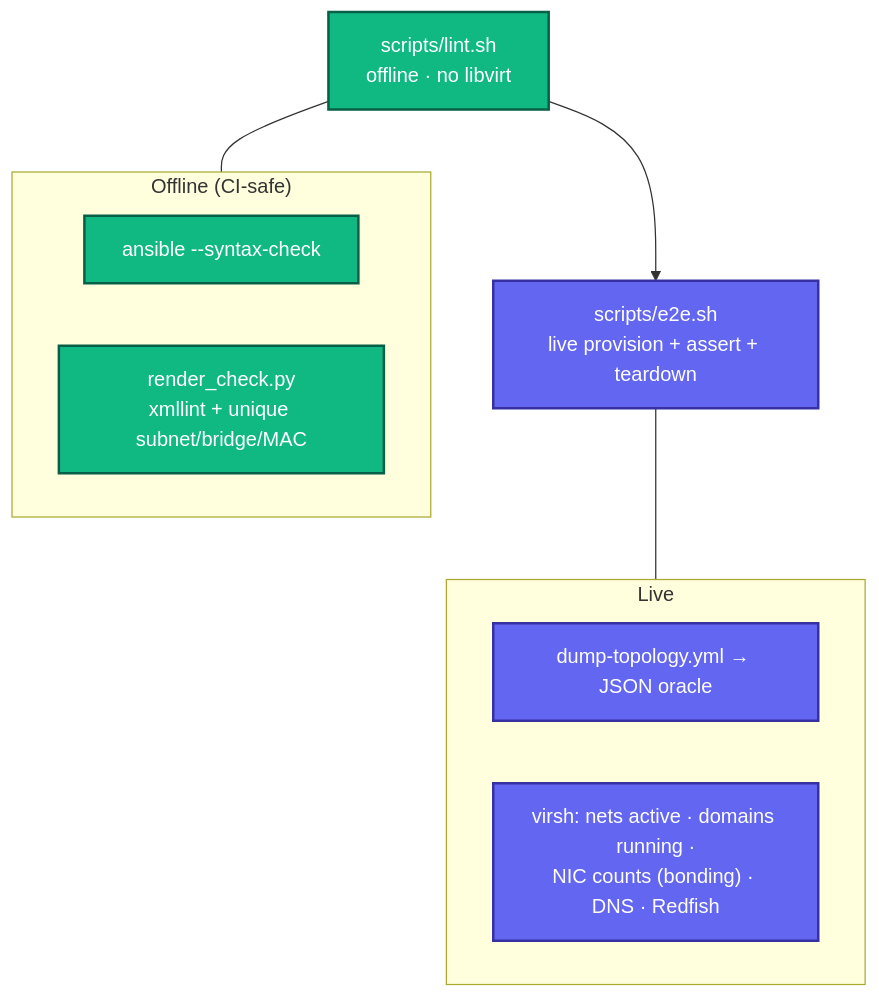
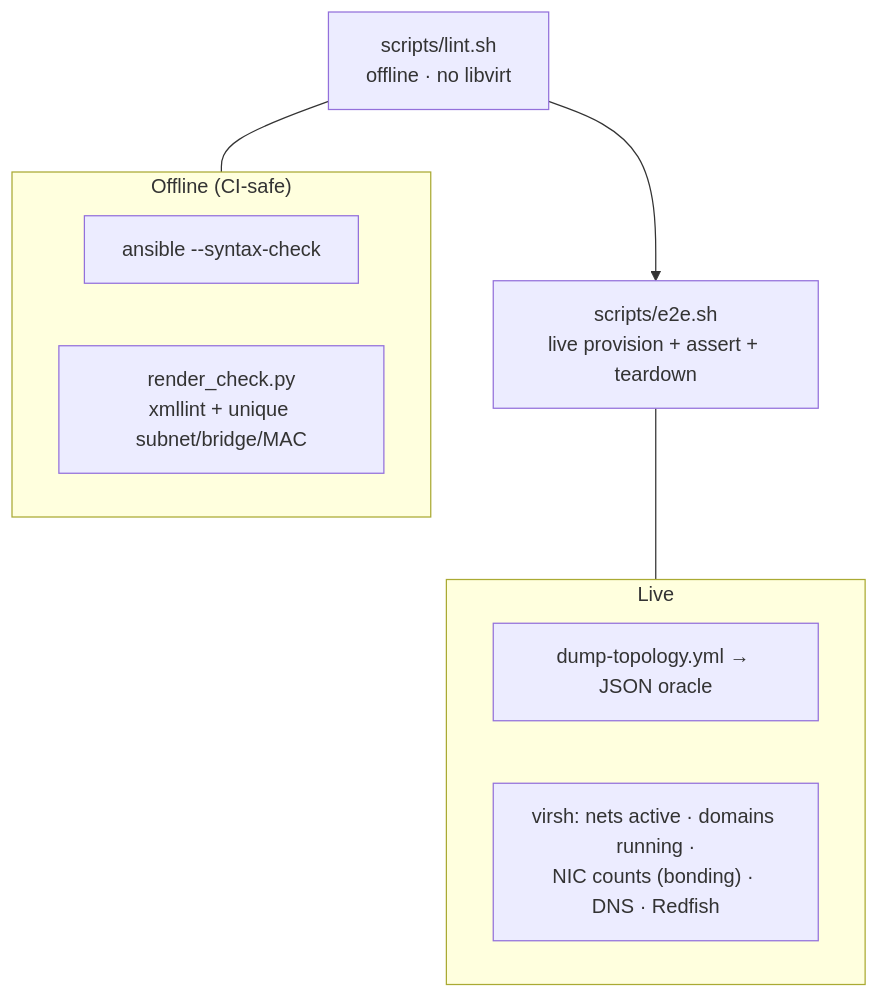
One commit to maci0/vmetal-openshift changed the tenth of 10 diagrams in docs/architecture.md. Above: the diagram before and after it, drawn with Mermaid. The commit also changed other lines of this file and 1 other file, not shown here.

First line of the commit message:
docs: redo topology diagrams as clean layered reference architectures

````diff
--- a/docs/architecture.md
+++ b/docs/architecture.md
@@ -318,19 +346,15 @@
 ```mermaid
 flowchart TD
   lint["scripts/lint.sh<br/>offline · no libvirt"] --> e2e["scripts/e2e.sh<br/>live provision + assert + teardown"]
   subgraph offline["Offline (CI-safe)"]
     sc["ansible --syntax-check"]
     rc["render_check.py<br/>xmllint + unique subnet/bridge/MAC"]
   end
   subgraph live["Live"]
     dump["dump-topology.yml → JSON oracle"]
     asserts["virsh: nets active · domains running ·<br/>NIC counts (bonding) · DNS · Redfish"]
   end
   lint --- offline
   e2e --- live
 
-  classDef a fill:#10b981,stroke:#065f46,color:#fff,stroke-width:2px;
-  classDef b fill:#6366f1,stroke:#3730a3,color:#fff,stroke-width:2px;
-  class lint,sc,rc a;
-  class e2e,dump,asserts b;
 ```
````
